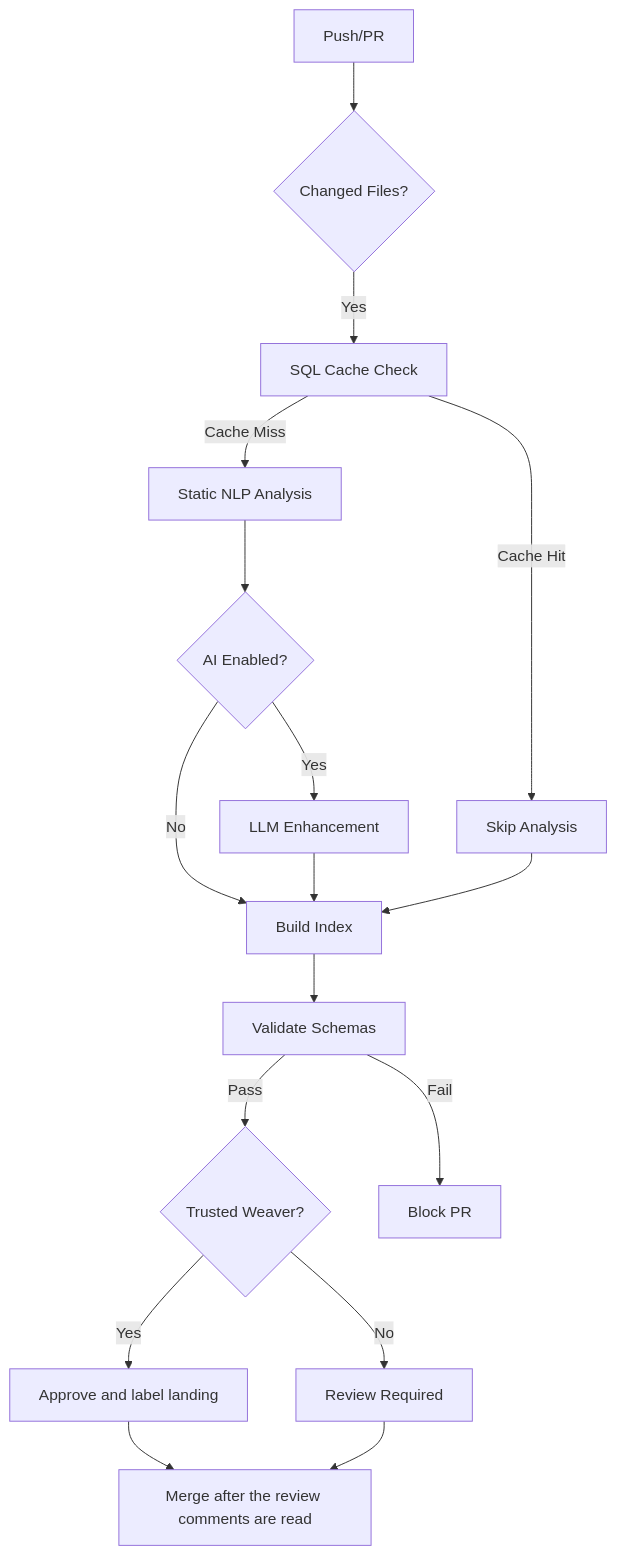
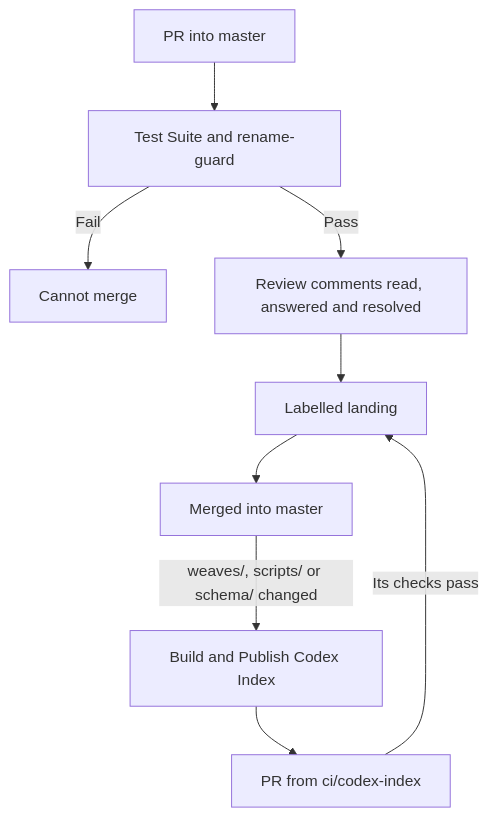
One commit to framerslab/codex changed the diagram in README.md. Above: the diagram before and after it, drawn with Mermaid. The commit also changed other lines of this file and 21 other files, not shown here.

````diff
--- a/README.md
+++ b/README.md
@@ -86,19 +81,11 @@
 ```mermaid
 graph TD
-    A[Push/PR] --> B{Changed Files?}
-    B -->|Yes| C[SQL Cache Check]
-    C -->|Cache Hit| D[Skip Analysis]
-    C -->|Cache Miss| E[Static NLP Analysis]
-    E --> F{AI Enabled?}
-    F -->|Yes| G[LLM Enhancement]
-    F -->|No| H[Build Index]
-    G --> H
-    D --> H
-    H --> I[Validate Schemas]
-    I -->|Pass| J{Trusted Weaver?}
-    I -->|Fail| K[Block PR]
-    J -->|Yes| L[Approve and label landing]
-    J -->|No| M[Review Required]
-    L --> N[Merge after the review comments are read]
-    M --> N
+    A[PR into master] --> B[Test Suite and rename-guard]
+    B -->|Fail| C[Cannot merge]
+    B -->|Pass| D[Review comments read, answered and resolved]
+    D --> E[Labelled landing]
+    E --> F[Merged into master]
+    F -->|weaves/, scripts/ or schema/ changed| G[Build and Publish Codex Index]
+    G --> H[PR from ci/codex-index]
+    H -->|Its checks pass| E
 ```
````
